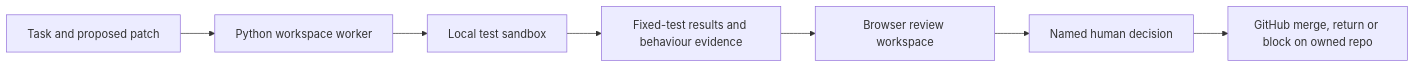
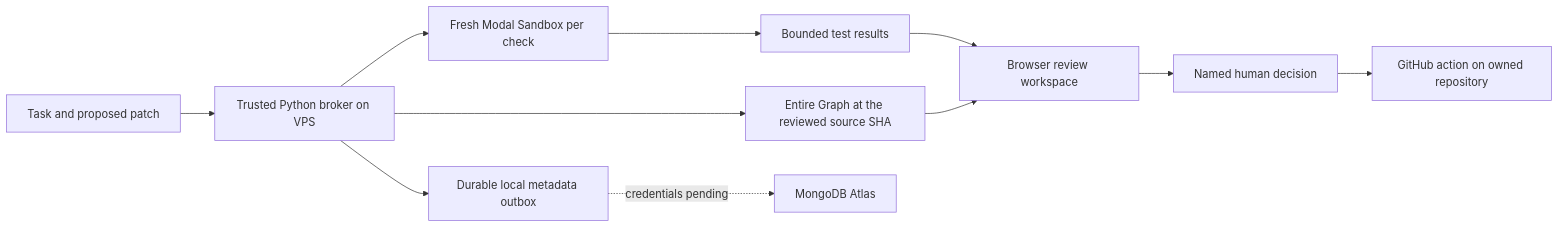
Before and after one commit to 13shreyansh/pr-trailer: the diagram in README.md, drawn with Mermaid. The commit also changed other lines of this file and 17 other files, not shown here.

````diff
--- a/README.md
+++ b/README.md
@@ -17,9 +17,13 @@
 ```mermaid
 flowchart LR
-    T[Task and proposed patch] --> W[Python workspace worker]
-    W --> S[Local test sandbox]
-    S --> E[Fixed-test results and behaviour evidence]
+    T[Task and proposed patch] --> W[Trusted Python broker on VPS]
+    W --> M[Fresh Modal Sandbox per check]
+    M --> E[Bounded test results]
+    W --> G[Entire Graph at the reviewed source SHA]
     E --> U[Browser review workspace]
+    G --> U
     U --> H[Named human decision]
-    H --> G[GitHub merge, return or block on owned repo]
+    H --> R[GitHub action on owned repository]
+    W --> O[Durable local metadata outbox]
+    O -. credentials pending .-> A[MongoDB Atlas]
 ```
````
